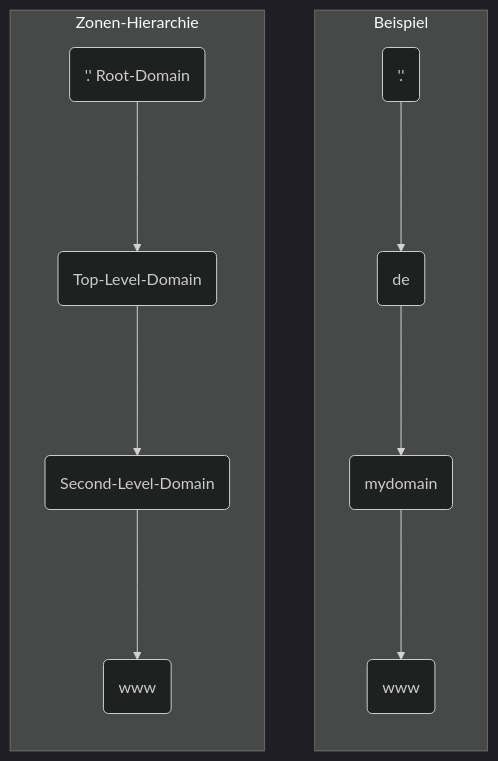
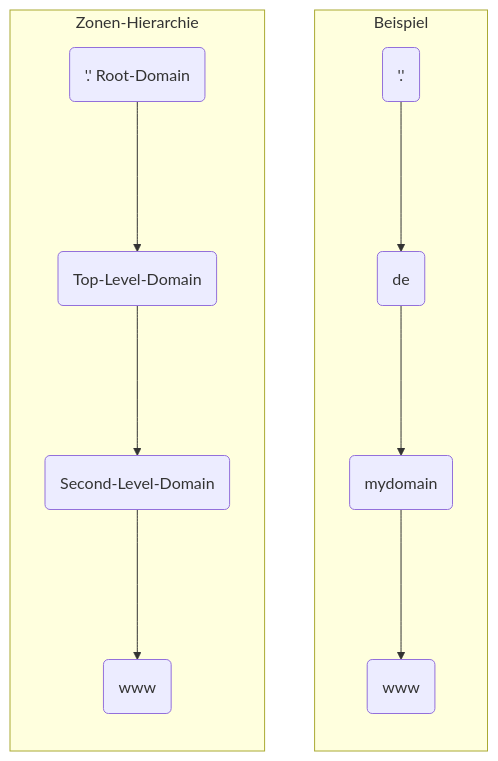
Before and after one commit to SchnoppDog/it-themen: the first of 4 diagrams in IT-Themen/IT-Themenzusammenfassung.md, drawn with Mermaid. The commit also changed other lines of this file and 10 other files, not shown here.

Commit message:
Add Flow-Control and DSL

````diff
--- a/IT-Themen/IT-Themenzusammenfassung.md
+++ b/IT-Themen/IT-Themenzusammenfassung.md
@@ -246,16 +520,15 @@
 ```mermaid
-%%{init: {"theme": "dark" } }%%
 graph TB
 	subgraph Beispiel
 		direction TB
 			root_domain_ex('.')--->tld_ex(de)
 			tld_ex--->sld_ex(mydomain)
 			sld_ex--->host_ex(www)
 	end
 	subgraph Zonen-Hierarchie
 		direction TB
 			root_domain('.' Root-Domain)--->tld(Top-Level-Domain)
 			tld--->sld(Second-Level-Domain)
 			sld--->host(www)
 	end
 ```
````
